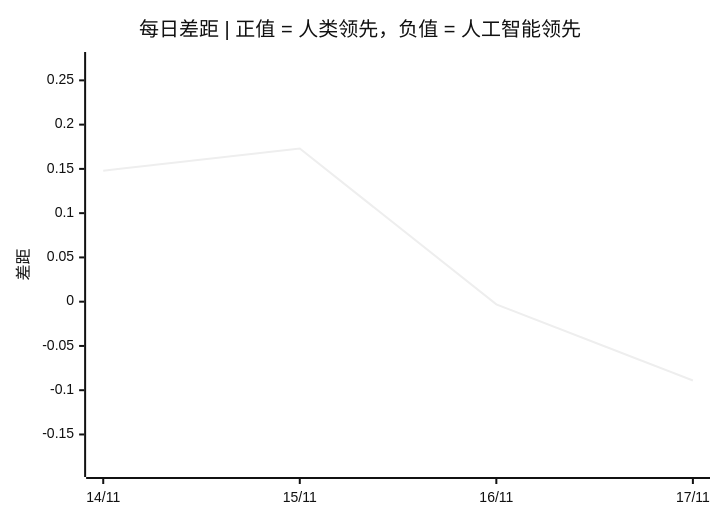
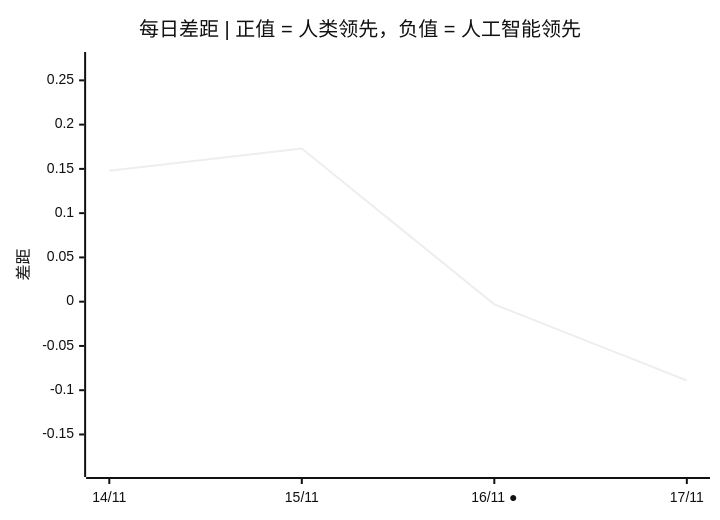
The third of 3 diagrams in README.zh.md (VQQLK/Human-AI-Monitor), drawn with Mermaid (neutral theme) before and after one commit. The commit also changed other lines of this file and 3 other files, not shown here.

Commit message:
feat(readme): mark weekly FINAL on Daily chart + Week column (structural fact, not interpretation)

````diff
--- a/README.zh.md
+++ b/README.zh.md
@@ -56,7 +56,7 @@
 ```mermaid
 xychart-beta
     title "每日差距 | 正值 = 人类领先，负值 = 人工智能领先"
-    x-axis ["14/11", "15/11", "16/11", "17/11"]
+    x-axis ["14/11", "15/11", "16/11 ●", "17/11"]
     y-axis "差距" -0.189 --> 0.273
     line [0.148, 0.173, -0.003, -0.089]
 ```
````
